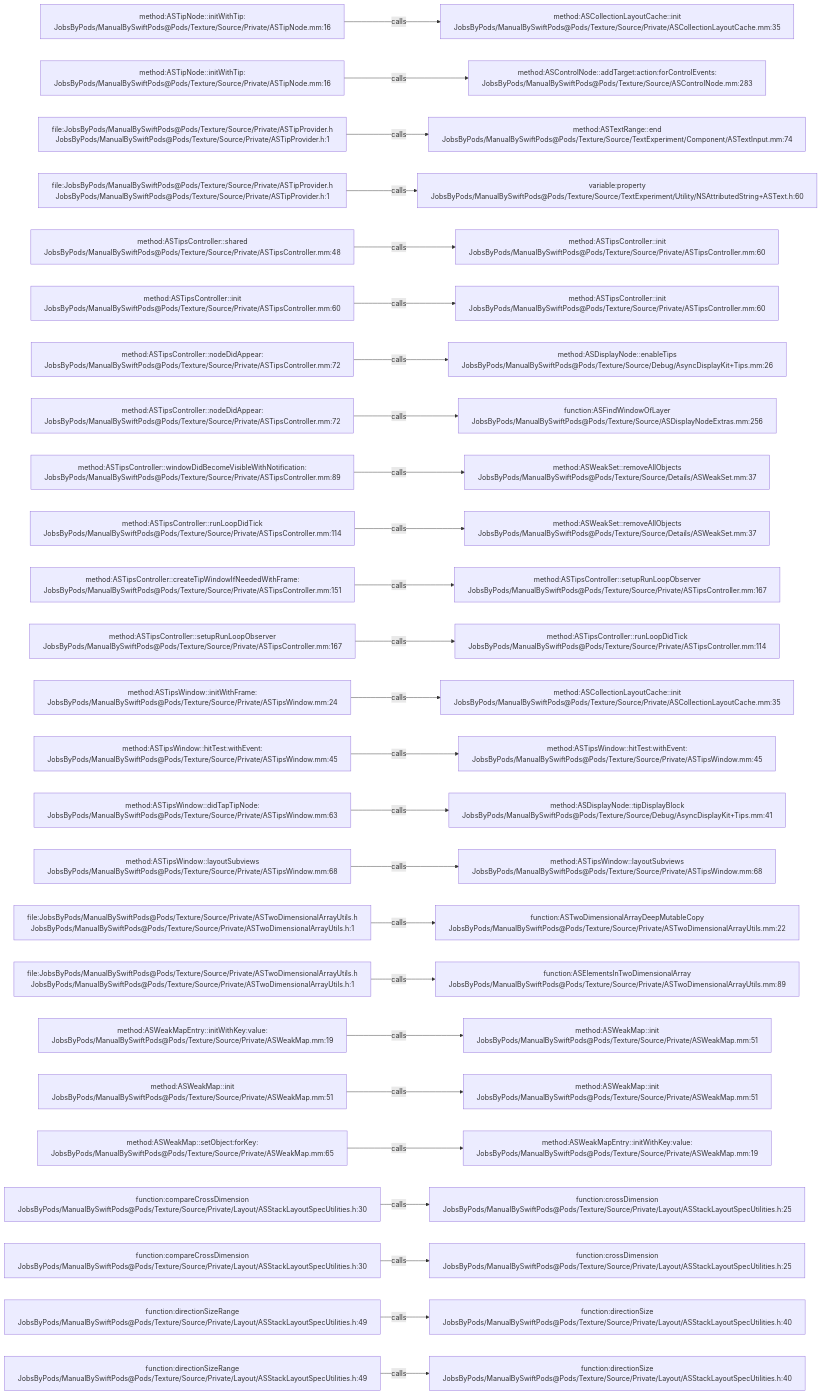
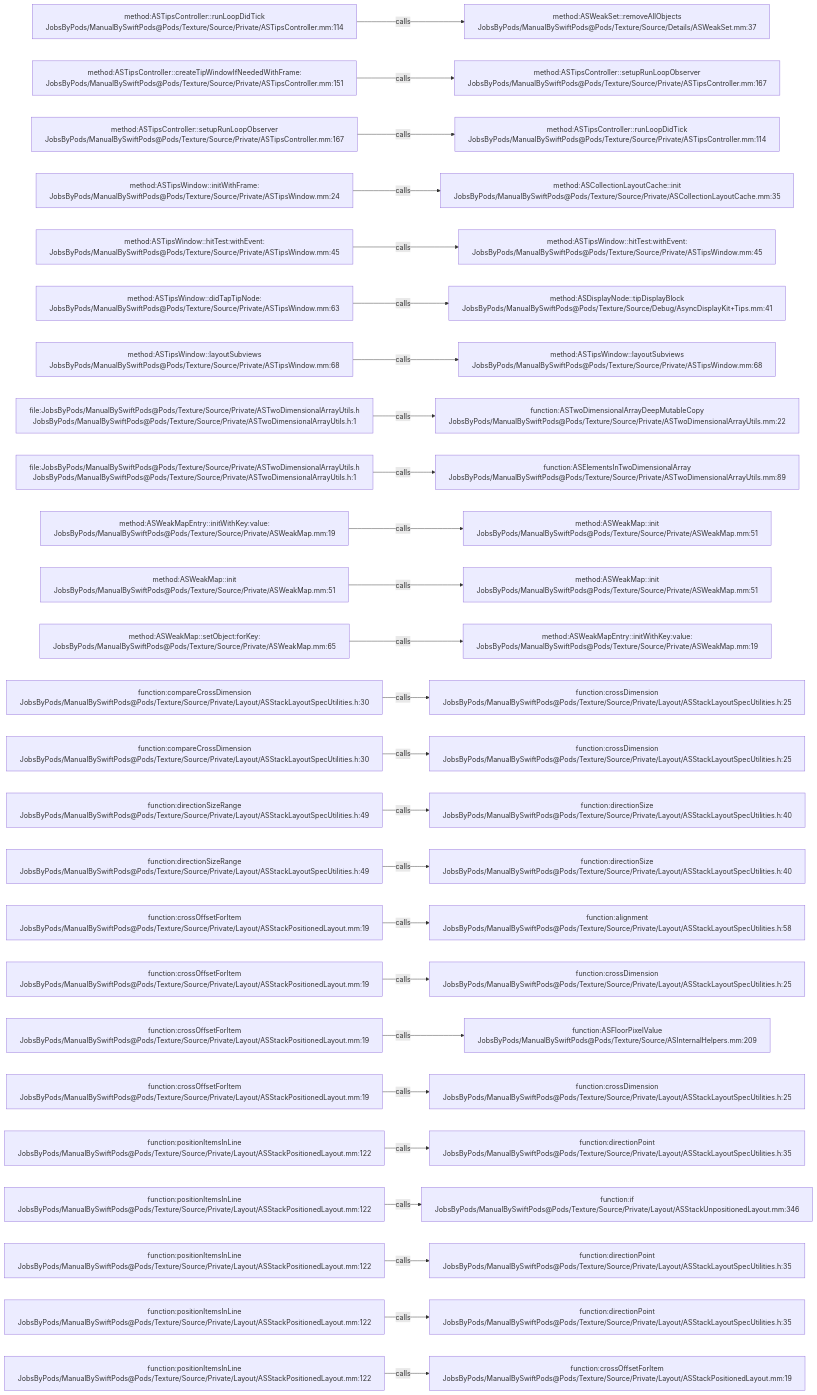
The diagram in .codegraph/codegraph.md/graphs/calls-123.md (JobsKits/JobsSwiftBaseConfigDemo), drawn with Mermaid before and after one commit. The commit also changed 707 other files, not shown here.

````diff
--- a/.codegraph/codegraph.md/graphs/calls-123.md
+++ b/.codegraph/codegraph.md/graphs/calls-123.md
@@ -13,78 +13,78 @@
 ```mermaid
 flowchart LR
-  S1["method:ASTipNode::initWithTip:<br/>JobsByPods/ManualBySwiftPods@Pods/Texture/Source/Private/ASTipNode.mm:16"]
-  T1["method:ASCollectionLayoutCache::init<br/>JobsByPods/ManualBySwiftPods@Pods/Texture/Source/Private/ASCollectionLayoutCache.mm:35"]
+  S1["method:ASTipsController::runLoopDidTick<br/>JobsByPods/ManualBySwiftPods@Pods/Texture/Source/Private/ASTipsController.mm:114"]
+  T1["method:ASWeakSet::removeAllObjects<br/>JobsByPods/ManualBySwiftPods@Pods/Texture/Source/Details/ASWeakSet.mm:37"]
   S1 -->|calls| T1
-  S2["method:ASTipNode::initWithTip:<br/>JobsByPods/ManualBySwiftPods@Pods/Texture/Source/Private/ASTipNode.mm:16"]
-  T2["method:ASControlNode::addTarget:action:forControlEvents:<br/>JobsByPods/ManualBySwiftPods@Pods/Texture/Source/ASControlNode.mm:283"]
+  S2["method:ASTipsController::createTipWindowIfNeededWithFrame:<br/>JobsByPods/ManualBySwiftPods@Pods/Texture/Source/Private/ASTipsController.mm:151"]
+  T2["method:ASTipsController::setupRunLoopObserver<br/>JobsByPods/ManualBySwiftPods@Pods/Texture/Source/Private/ASTipsController.mm:167"]
   S2 -->|calls| T2
-  S3["file:JobsByPods/ManualBySwiftPods@Pods/Texture/Source/Private/ASTipProvider.h<br/>JobsByPods/ManualBySwiftPods@Pods/Texture/Source/Private/ASTipProvider.h:1"]
-  T3["method:ASTextRange::end<br/>JobsByPods/ManualBySwiftPods@Pods/Texture/Source/TextExperiment/Component/ASTextInput.mm:74"]
+  S3["method:ASTipsController::setupRunLoopObserver<br/>JobsByPods/ManualBySwiftPods@Pods/Texture/Source/Private/ASTipsController.mm:167"]
+  T3["method:ASTipsController::runLoopDidTick<br/>JobsByPods/ManualBySwiftPods@Pods/Texture/Source/Private/ASTipsController.mm:114"]
   S3 -->|calls| T3
-  S4["file:JobsByPods/ManualBySwiftPods@Pods/Texture/Source/Private/ASTipProvider.h<br/>JobsByPods/ManualBySwiftPods@Pods/Texture/Source/Private/ASTipProvider.h:1"]
-  T4["variable:property<br/>JobsByPods/ManualBySwiftPods@Pods/Texture/Source/TextExperiment/Utility/NSAttributedString+ASText.h:60"]
+  S4["method:ASTipsWindow::initWithFrame:<br/>JobsByPods/ManualBySwiftPods@Pods/Texture/Source/Private/ASTipsWindow.mm:24"]
+  T4["method:ASCollectionLayoutCache::init<br/>JobsByPods/ManualBySwiftPods@Pods/Texture/Source/Private/ASCollectionLayoutCache.mm:35"]
   S4 -->|calls| T4
-  S5["method:ASTipsController::shared<br/>JobsByPods/ManualBySwiftPods@Pods/Texture/Source/Private/ASTipsController.mm:48"]
-  T5["method:ASTipsController::init<br/>JobsByPods/ManualBySwiftPods@Pods/Texture/Source/Private/ASTipsController.mm:60"]
+  S5["method:ASTipsWindow::hitTest:withEvent:<br/>JobsByPods/ManualBySwiftPods@Pods/Texture/Source/Private/ASTipsWindow.mm:45"]
+  T5["method:ASTipsWindow::hitTest:withEvent:<br/>JobsByPods/ManualBySwiftPods@Pods/Texture/Source/Private/ASTipsWindow.mm:45"]
   S5 -->|calls| T5
-  S6["method:ASTipsController::init<br/>JobsByPods/ManualBySwiftPods@Pods/Texture/Source/Private/ASTipsController.mm:60"]
-  T6["method:ASTipsController::init<br/>JobsByPods/ManualBySwiftPods@Pods/Texture/Source/Private/ASTipsController.mm:60"]
+  S6["method:ASTipsWindow::didTapTipNode:<br/>JobsByPods/ManualBySwiftPods@Pods/Texture/Source/Private/ASTipsWindow.mm:63"]
+  T6["method:ASDisplayNode::tipDisplayBlock<br/>JobsByPods/ManualBySwiftPods@Pods/Texture/Source/Debug/AsyncDisplayKit+Tips.mm:41"]
   S6 -->|calls| T6
-  S7["method:ASTipsController::nodeDidAppear:<br/>JobsByPods/ManualBySwiftPods@Pods/Texture/Source/Private/ASTipsController.mm:72"]
-  T7["method:ASDisplayNode::enableTips<br/>JobsByPods/ManualBySwiftPods@Pods/Texture/Source/Debug/AsyncDisplayKit+Tips.mm:26"]
+  S7["method:ASTipsWindow::layoutSubviews<br/>JobsByPods/ManualBySwiftPods@Pods/Texture/Source/Private/ASTipsWindow.mm:68"]
+  T7["method:ASTipsWindow::layoutSubviews<br/>JobsByPods/ManualBySwiftPods@Pods/Texture/Source/Private/ASTipsWindow.mm:68"]
   S7 -->|calls| T7
-  S8["method:ASTipsController::nodeDidAppear:<br/>JobsByPods/ManualBySwiftPods@Pods/Texture/Source/Private/ASTipsController.mm:72"]
-  T8["function:ASFindWindowOfLayer<br/>JobsByPods/ManualBySwiftPods@Pods/Texture/Source/ASDisplayNodeExtras.mm:256"]
+  S8["file:JobsByPods/ManualBySwiftPods@Pods/Texture/Source/Private/ASTwoDimensionalArrayUtils.h<br/>JobsByPods/ManualBySwiftPods@Pods/Texture/Source/Private/ASTwoDimensionalArrayUtils.h:1"]
+  T8["function:ASTwoDimensionalArrayDeepMutableCopy<br/>JobsByPods/ManualBySwiftPods@Pods/Texture/Source/Private/ASTwoDimensionalArrayUtils.mm:22"]
   S8 -->|calls| T8
-  S9["method:ASTipsController::windowDidBecomeVisibleWithNotification:<br/>JobsByPods/ManualBySwiftPods@Pods/Texture/Source/Private/ASTipsController.mm:89"]
-  T9["method:ASWeakSet::removeAllObjects<br/>JobsByPods/ManualBySwiftPods@Pods/Texture/Source/Details/ASWeakSet.mm:37"]
+  S9["file:JobsByPods/ManualBySwiftPods@Pods/Texture/Source/Private/ASTwoDimensionalArrayUtils.h<br/>JobsByPods/ManualBySwiftPods@Pods/Texture/Source/Private/ASTwoDimensionalArrayUtils.h:1"]
+  T9["function:ASElementsInTwoDimensionalArray<br/>JobsByPods/ManualBySwiftPods@Pods/Texture/Source/Private/ASTwoDimensionalArrayUtils.mm:89"]
   S9 -->|calls| T9
-  S10["method:ASTipsController::runLoopDidTick<br/>JobsByPods/ManualBySwiftPods@Pods/Texture/Source/Private/ASTipsController.mm:114"]
-  T10["method:ASWeakSet::removeAllObjects<br/>JobsByPods/ManualBySwiftPods@Pods/Texture/Source/Details/ASWeakSet.mm:37"]
+  S10["method:ASWeakMapEntry::initWithKey:value:<br/>JobsByPods/ManualBySwiftPods@Pods/Texture/Source/Private/ASWeakMap.mm:19"]
+  T10["method:ASWeakMap::init<br/>JobsByPods/ManualBySwiftPods@Pods/Texture/Source/Private/ASWeakMap.mm:51"]
   S10 -->|calls| T10
-  S11["method:ASTipsController::createTipWindowIfNeededWithFrame:<br/>JobsByPods/ManualBySwiftPods@Pods/Texture/Source/Private/ASTipsController.mm:151"]
-  T11["method:ASTipsController::setupRunLoopObserver<br/>JobsByPods/ManualBySwiftPods@Pods/Texture/Source/Private/ASTipsController.mm:167"]
+  S11["method:ASWeakMap::init<br/>JobsByPods/ManualBySwiftPods@Pods/Texture/Source/Private/ASWeakMap.mm:51"]
+  T11["method:ASWeakMap::init<br/>JobsByPods/ManualBySwiftPods@Pods/Texture/Source/Private/ASWeakMap.mm:51"]
   S11 -->|calls| T11
-  S12["method:ASTipsController::setupRunLoopObserver<br/>JobsByPods/ManualBySwiftPods@Pods/Texture/Source/Private/ASTipsController.mm:167"]
-  T12["method:ASTipsController::runLoopDidTick<br/>JobsByPods/ManualBySwiftPods@Pods/Texture/Source/Private/ASTipsController.mm:114"]
+  S12["method:ASWeakMap::setObject:forKey:<br/>JobsByPods/ManualBySwiftPods@Pods/Texture/Source/Private/ASWeakMap.mm:65"]
+  T12["method:ASWeakMapEntry::initWithKey:value:<br/>JobsByPods/ManualBySwiftPods@Pods/Texture/Source/Private/ASWeakMap.mm:19"]
   S12 -->|calls| T12
-  S13["method:ASTipsWindow::initWithFrame:<br/>JobsByPods/ManualBySwiftPods@Pods/Texture/Source/Private/ASTipsWindow.mm:24"]
-  T13["method:ASCollectionLayoutCache::init<br/>JobsByPods/ManualBySwiftPods@Pods/Texture/Source/Private/ASCollectionLayoutCache.mm:35"]
+  S13["function:compareCrossDimension<br/>JobsByPods/ManualBySwiftPods@Pods/Texture/Source/Private/Layout/ASStackLayoutSpecUtilities.h:30"]
+  T13["function:crossDimension<br/>JobsByPods/ManualBySwiftPods@Pods/Texture/Source/Private/Layout/ASStackLayoutSpecUtilities.h:25"]
   S13 -->|calls| T13
-  S14["method:ASTipsWindow::hitTest:withEvent:<br/>JobsByPods/ManualBySwiftPods@Pods/Texture/Source/Private/ASTipsWindow.mm:45"]
-  T14["method:ASTipsWindow::hitTest:withEvent:<br/>JobsByPods/ManualBySwiftPods@Pods/Texture/Source/Private/ASTipsWindow.mm:45"]
+  S14["function:compareCrossDimension<br/>JobsByPods/ManualBySwiftPods@Pods/Texture/Source/Private/Layout/ASStackLayoutSpecUtilities.h:30"]
+  T14["function:crossDimension<br/>JobsByPods/ManualBySwiftPods@Pods/Texture/Source/Private/Layout/ASStackLayoutSpecUtilities.h:25"]
   S14 -->|calls| T14
-  S15["method:ASTipsWindow::didTapTipNode:<br/>JobsByPods/ManualBySwiftPods@Pods/Texture/Source/Private/ASTipsWindow.mm:63"]
-  T15["method:ASDisplayNode::tipDisplayBlock<br/>JobsByPods/ManualBySwiftPods@Pods/Texture/Source/Debug/AsyncDisplayKit+Tips.mm:41"]
+  S15["function:directionSizeRange<br/>JobsByPods/ManualBySwiftPods@Pods/Texture/Source/Private/Layout/ASStackLayoutSpecUtilities.h:49"]
+  T15["function:directionSize<br/>JobsByPods/ManualBySwiftPods@Pods/Texture/Source/Private/Layout/ASStackLayoutSpecUtilities.h:40"]
   S15 -->|calls| T15
-  S16["method:ASTipsWindow::layoutSubviews<br/>JobsByPods/ManualBySwiftPods@Pods/Texture/Source/Private/ASTipsWindow.mm:68"]
-  T16["method:ASTipsWindow::layoutSubviews<br/>JobsByPods/ManualBySwiftPods@Pods/Texture/Source/Private/ASTipsWindow.mm:68"]
+  S16["function:directionSizeRange<br/>JobsByPods/ManualBySwiftPods@Pods/Texture/Source/Private/Layout/ASStackLayoutSpecUtilities.h:49"]
+  T16["function:directionSize<br/>JobsByPods/ManualBySwiftPods@Pods/Texture/Source/Private/Layout/ASStackLayoutSpecUtilities.h:40"]
   S16 -->|calls| T16
-  S17["file:JobsByPods/ManualBySwiftPods@Pods/Texture/Source/Private/ASTwoDimensionalArrayUtils.h<br/>JobsByPods/ManualBySwiftPods@Pods/Texture/Source/Private/ASTwoDimensionalArrayUtils.h:1"]
-  T17["function:ASTwoDimensionalArrayDeepMutableCopy<br/>JobsByPods/ManualBySwiftPods@Pods/Texture/Source/Private/ASTwoDimensionalArrayUtils.mm:22"]
+  S17["function:crossOffsetForItem<br/>JobsByPods/ManualBySwiftPods@Pods/Texture/Source/Private/Layout/ASStackPositionedLayout.mm:19"]
+  T17["function:alignment<br/>JobsByPods/ManualBySwiftPods@Pods/Texture/Source/Private/Layout/ASStackLayoutSpecUtilities.h:58"]
   S17 -->|calls| T17
-  S18["file:JobsByPods/ManualBySwiftPods@Pods/Texture/Source/Private/ASTwoDimensionalArrayUtils.h<br/>JobsByPods/ManualBySwiftPods@Pods/Texture/Source/Private/ASTwoDimensionalArrayUtils.h:1"]
-  T18["function:ASElementsInTwoDimensionalArray<br/>JobsByPods/ManualBySwiftPods@Pods/Texture/Source/Private/ASTwoDimensionalArrayUtils.mm:89"]
+  S18["function:crossOffsetForItem<br/>JobsByPods/ManualBySwiftPods@Pods/Texture/Source/Private/Layout/ASStackPositionedLayout.mm:19"]
+  T18["function:crossDimension<br/>JobsByPods/ManualBySwiftPods@Pods/Texture/Source/Private/Layout/ASStackLayoutSpecUtilities.h:25"]
   S18 -->|calls| T18
-  S19["method:ASWeakMapEntry::initWithKey:value:<br/>JobsByPods/ManualBySwiftPods@Pods/Texture/Source/Private/ASWeakMap.mm:19"]
-  T19["method:ASWeakMap::init<br/>JobsByPods/ManualBySwiftPods@Pods/Texture/Source/Private/ASWeakMap.mm:51"]
+  S19["function:crossOffsetForItem<br/>JobsByPods/ManualBySwiftPods@Pods/Texture/Source/Private/Layout/ASStackPositionedLayout.mm:19"]
+  T19["function:ASFloorPixelValue<br/>JobsByPods/ManualBySwiftPods@Pods/Texture/Source/ASInternalHelpers.mm:209"]
   S19 -->|calls| T19
-  S20["method:ASWeakMap::init<br/>JobsByPods/ManualBySwiftPods@Pods/Texture/Source/Private/ASWeakMap.mm:51"]
-  T20["method:ASWeakMap::init<br/>JobsByPods/ManualBySwiftPods@Pods/Texture/Source/Private/ASWeakMap.mm:51"]
+  S20["function:crossOffsetForItem<br/>JobsByPods/ManualBySwiftPods@Pods/Texture/Source/Private/Layout/ASStackPositionedLayout.mm:19"]
+  T20["function:crossDimension<br/>JobsByPods/ManualBySwiftPods@Pods/Texture/Source/Private/Layout/ASStackLayoutSpecUtilities.h:25"]
   S20 -->|calls| T20
-  S21["method:ASWeakMap::setObject:forKey:<br/>JobsByPods/ManualBySwiftPods@Pods/Texture/Source/Private/ASWeakMap.mm:65"]
-  T21["method:ASWeakMapEntry::initWithKey:value:<br/>JobsByPods/ManualBySwiftPods@Pods/Texture/Source/Private/ASWeakMap.mm:19"]
+  S21["function:positionItemsInLine<br/>JobsByPods/ManualBySwiftPods@Pods/Texture/Source/Private/Layout/ASStackPositionedLayout.mm:122"]
+  T21["function:directionPoint<br/>JobsByPods/ManualBySwiftPods@Pods/Texture/Source/Private/Layout/ASStackLayoutSpecUtilities.h:35"]
   S21 -->|calls| T21
-  S22["function:compareCrossDimension<br/>JobsByPods/ManualBySwiftPods@Pods/Texture/Source/Private/Layout/ASStackLayoutSpecUtilities.h:30"]
-  T22["function:crossDimension<br/>JobsByPods/ManualBySwiftPods@Pods/Texture/Source/Private/Layout/ASStackLayoutSpecUtilities.h:25"]
+  S22["function:positionItemsInLine<br/>JobsByPods/ManualBySwiftPods@Pods/Texture/Source/Private/Layout/ASStackPositionedLayout.mm:122"]
+  T22["function:if<br/>JobsByPods/ManualBySwiftPods@Pods/Texture/Source/Private/Layout/ASStackUnpositionedLayout.mm:346"]
   S22 -->|calls| T22
-  S23["function:compareCrossDimension<br/>JobsByPods/ManualBySwiftPods@Pods/Texture/Source/Private/Layout/ASStackLayoutSpecUtilities.h:30"]
-  T23["function:crossDimension<br/>JobsByPods/ManualBySwiftPods@Pods/Texture/Source/Private/Layout/ASStackLayoutSpecUtilities.h:25"]
+  S23["function:positionItemsInLine<br/>JobsByPods/ManualBySwiftPods@Pods/Texture/Source/Private/Layout/ASStackPositionedLayout.mm:122"]
+  T23["function:directionPoint<br/>JobsByPods/ManualBySwiftPods@Pods/Texture/Source/Private/Layout/ASStackLayoutSpecUtilities.h:35"]
   S23 -->|calls| T23
-  S24["function:directionSizeRange<br/>JobsByPods/ManualBySwiftPods@Pods/Texture/Source/Private/Layout/ASStackLayoutSpecUtilities.h:49"]
-  T24["function:directionSize<br/>JobsByPods/ManualBySwiftPods@Pods/Texture/Source/Private/Layout/ASStackLayoutSpecUtilities.h:40"]
+  S24["function:positionItemsInLine<br/>JobsByPods/ManualBySwiftPods@Pods/Texture/Source/Private/Layout/ASStackPositionedLayout.mm:122"]
+  T24["function:directionPoint<br/>JobsByPods/ManualBySwiftPods@Pods/Texture/Source/Private/Layout/ASStackLayoutSpecUtilities.h:35"]
   S24 -->|calls| T24
-  S25["function:directionSizeRange<br/>JobsByPods/ManualBySwiftPods@Pods/Texture/Source/Private/Layout/ASStackLayoutSpecUtilities.h:49"]
-  T25["function:directionSize<br/>JobsByPods/ManualBySwiftPods@Pods/Texture/Source/Private/Layout/ASStackLayoutSpecUtilities.h:40"]
+  S25["function:positionItemsInLine<br/>JobsByPods/ManualBySwiftPods@Pods/Texture/Source/Private/Layout/ASStackPositionedLayout.mm:122"]
+  T25["function:crossOffsetForItem<br/>JobsByPods/ManualBySwiftPods@Pods/Texture/Source/Private/Layout/ASStackPositionedLayout.mm:19"]
   S25 -->|calls| T25
 ```
````
